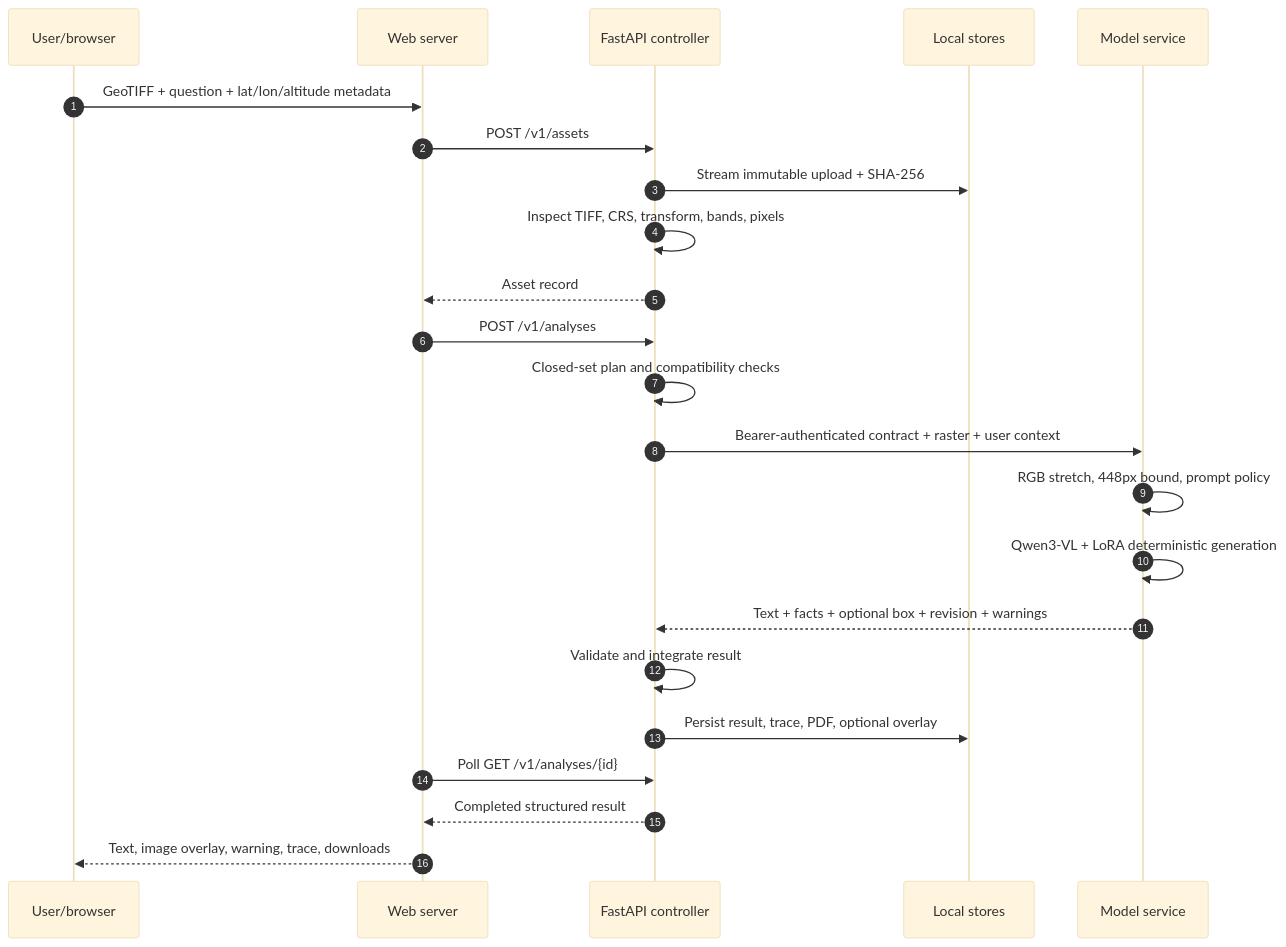
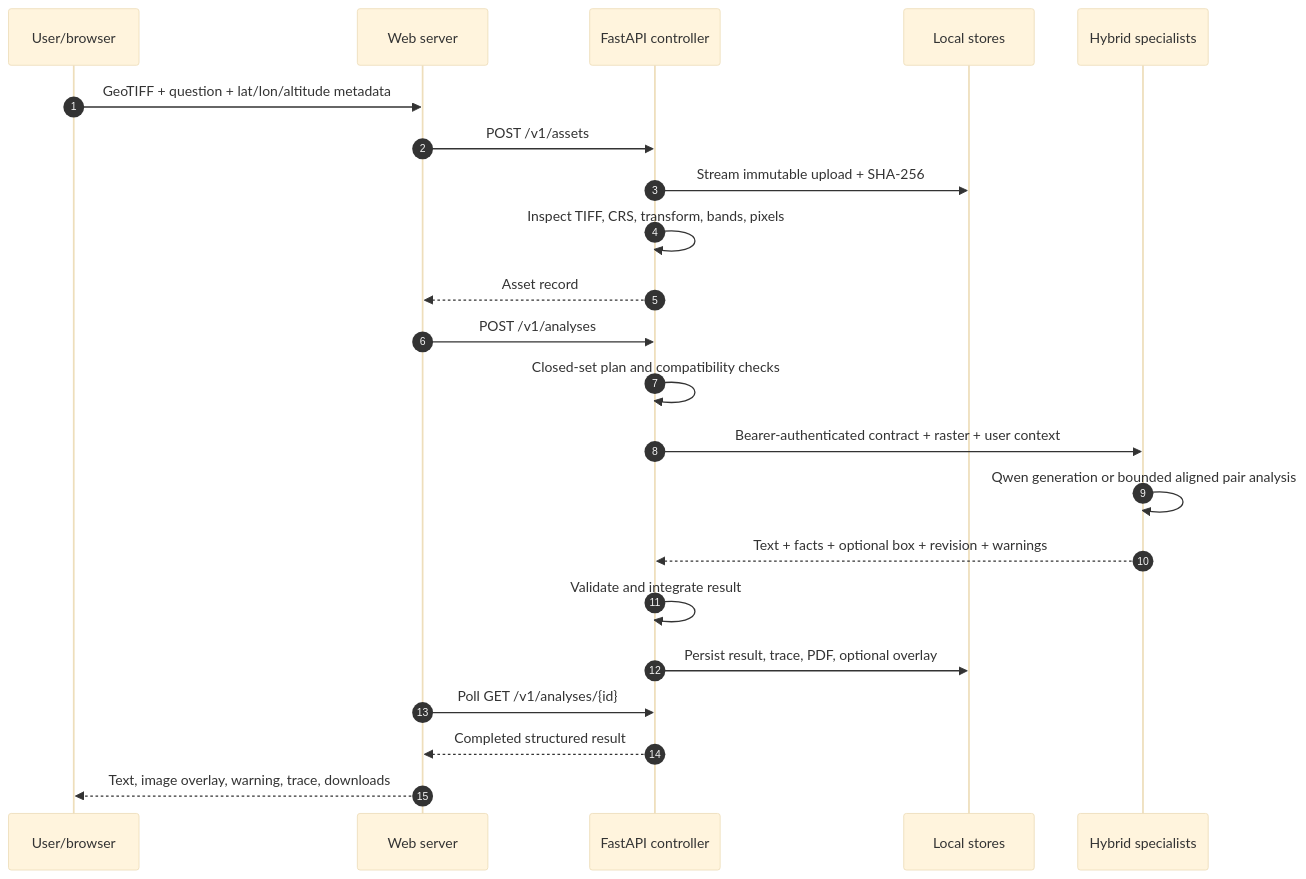
One commit to aanandmodi/StatqueryAI changed the second of 6 diagrams in docs/PIPELINE.md. Above: the diagram before and after it, drawn with Mermaid (base theme). The commit also changed other lines of this file and 25 other files, not shown here.

````diff
--- a/docs/PIPELINE.md
+++ b/docs/PIPELINE.md
@@ -34,25 +34,24 @@
 ```mermaid
 sequenceDiagram
     autonumber
     participant U as User/browser
     participant W as Web server
     participant A as FastAPI controller
     participant F as Local stores
-    participant M as Model service
+    participant M as Hybrid specialists
     U->>W: GeoTIFF + question + lat/lon/altitude metadata
     W->>A: POST /v1/assets
     A->>F: Stream immutable upload + SHA-256
     A->>A: Inspect TIFF, CRS, transform, bands, pixels
     A-->>W: Asset record
     W->>A: POST /v1/analyses
     A->>A: Closed-set plan and compatibility checks
     A->>M: Bearer-authenticated contract + raster + user context
-    M->>M: RGB stretch, 448px bound, prompt policy
-    M->>M: Qwen3-VL + LoRA deterministic generation
+    M->>M: Qwen generation or bounded aligned pair analysis
     M-->>A: Text + facts + optional box + revision + warnings
     A->>A: Validate and integrate result
     A->>F: Persist result, trace, PDF, optional overlay
     W->>A: Poll GET /v1/analyses/{id}
     A-->>W: Completed structured result
     W-->>U: Text, image overlay, warning, trace, downloads
 ```
````
